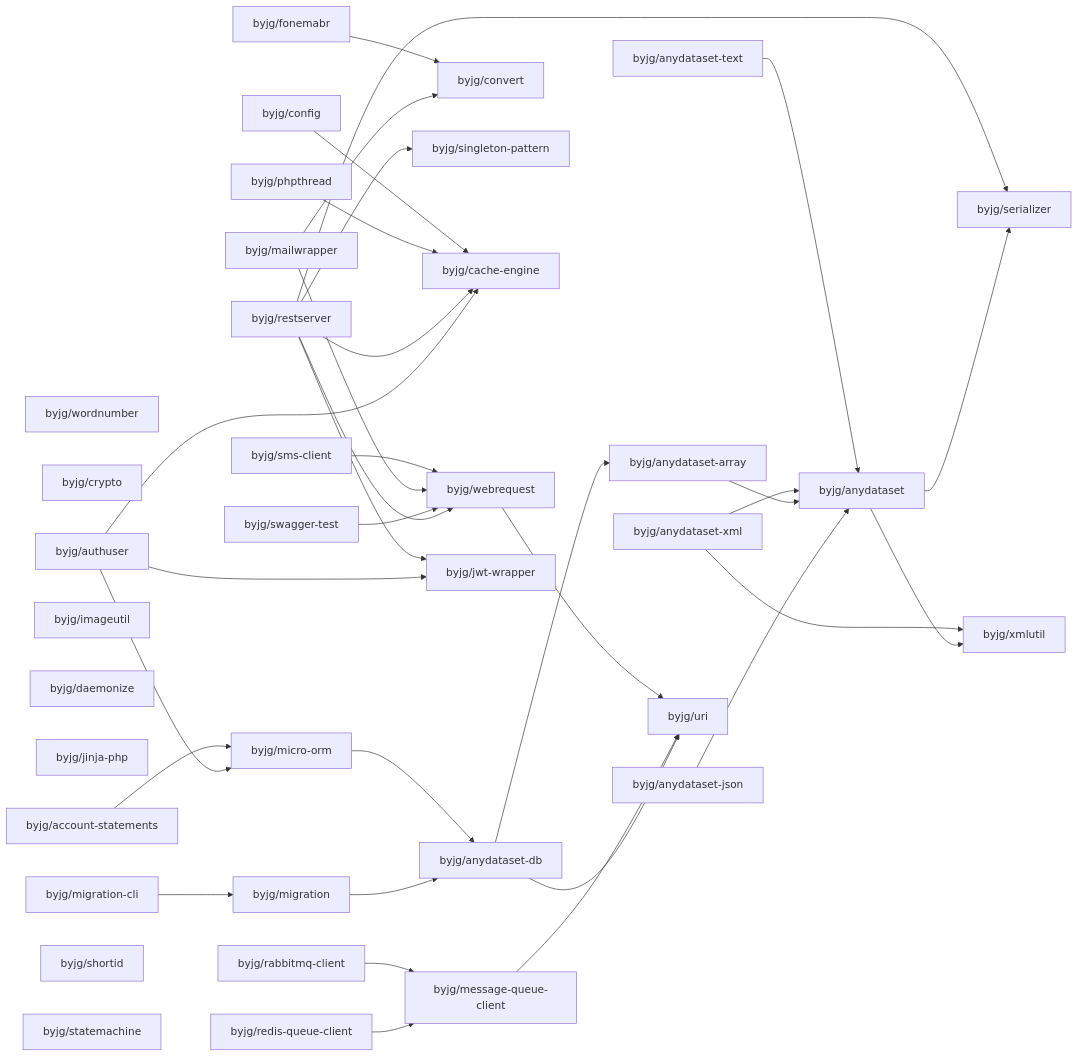
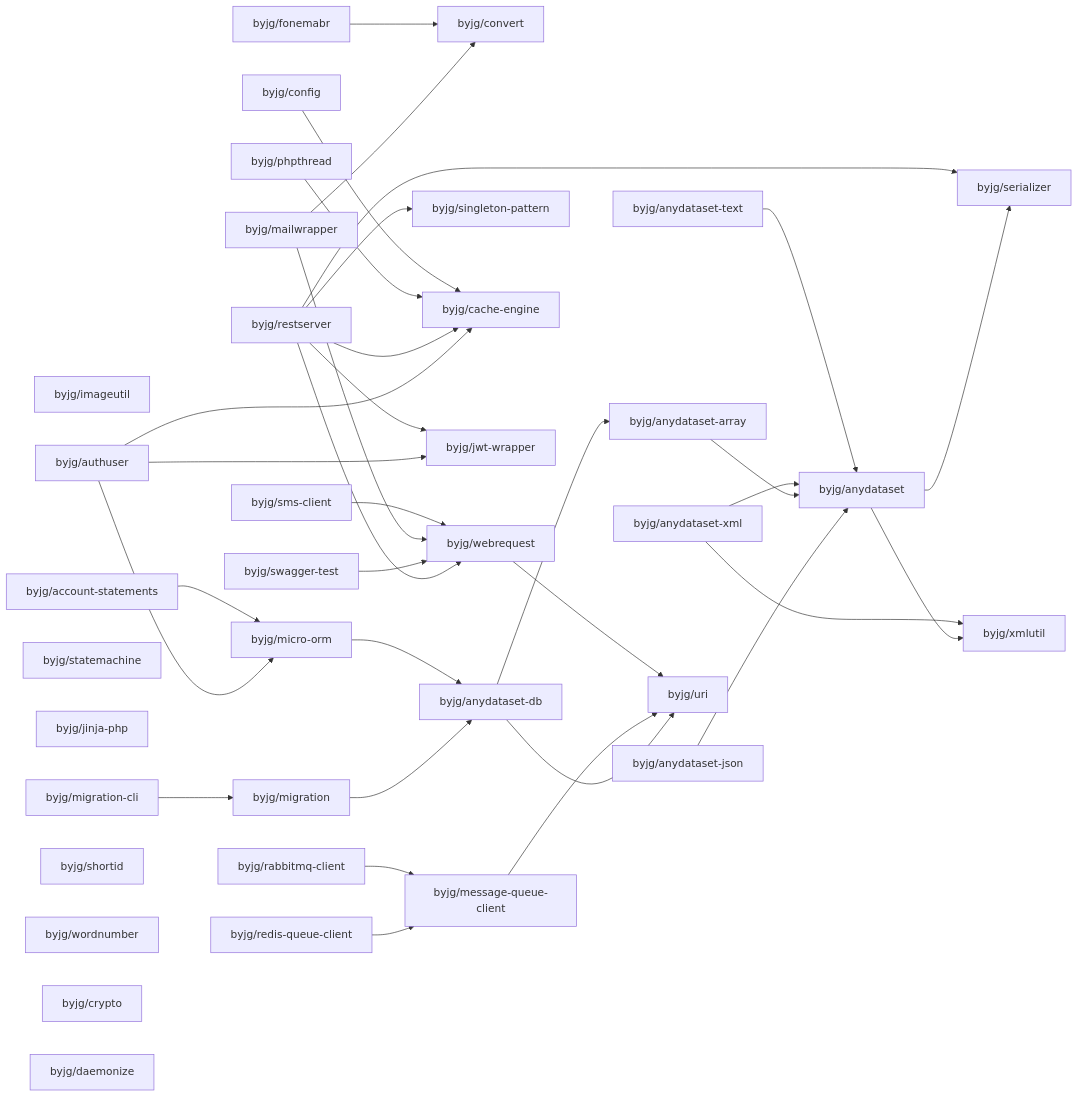
The diagram in php/README.md (byjg/byjg.github.io), drawn with Mermaid before and after one commit. The commit also changed other lines of this file and 1 other file, not shown here.

````diff
--- a/php/README.md
+++ b/php/README.md
@@ -3,71 +3,71 @@
 ```mermaid
 graph LR;
-  byjg/wordnumber;
-  byjg/crypto;
-  byjg/anydataset-json;
+  byjg/mailwrapper;
+  byjg/swagger-test;
+  byjg/imageutil;
+  byjg/fonemabr;
+  byjg/phpthread;
+  byjg/authuser;
   byjg/account-statements;
+  byjg/statemachine;
   byjg/redis-queue-client;
-  byjg/fonemabr;
-  byjg/anydataset-xml;
-  byjg/sms-client;
-  byjg/imageutil;
-  byjg/rabbitmq-client;
-  byjg/daemonize;
   byjg/jinja-php;
-  byjg/authuser;
   byjg/config;
   byjg/migration-cli;
   byjg/anydataset-text;
-  byjg/phpthread;
-  byjg/mailwrapper;
   byjg/shortid;
-  byjg/swagger-test;
-  byjg/statemachine;
+  byjg/wordnumber;
+  byjg/rabbitmq-client;
+  byjg/crypto;
+  byjg/anydataset-json;
+  byjg/daemonize;
+  byjg/anydataset-xml;
   byjg/restserver;
-  byjg/message-queue-client;
+  byjg/sms-client;
+  byjg/convert;
   byjg/micro-orm;
   byjg/migration;
-  byjg/convert;
+  byjg/message-queue-client;
   byjg/singleton-pattern;
   byjg/cache-engine;
+  byjg/jwt-wrapper;
   byjg/webrequest;
-  byjg/jwt-wrapper;
   byjg/anydataset-db;
   byjg/anydataset-array;
   byjg/uri;
   byjg/anydataset;
   byjg/serializer;
   byjg/xmlutil;
   byjg/sms-client --> byjg/webrequest;
   byjg/fonemabr --> byjg/convert;
   byjg/config --> byjg/cache-engine;
   byjg/anydataset-text --> byjg/anydataset;
   byjg/webrequest --> byjg/uri;
   byjg/account-statements --> byjg/micro-orm;
   byjg/rabbitmq-client --> byjg/message-queue-client;
   byjg/micro-orm --> byjg/anydataset-db;
   byjg/phpthread --> byjg/cache-engine;
   byjg/anydataset-xml --> byjg/anydataset;
   byjg/anydataset-xml --> byjg/xmlutil;
   byjg/anydataset-array --> byjg/anydataset;
   byjg/mailwrapper --> byjg/convert;
   byjg/mailwrapper --> byjg/webrequest;
   byjg/message-queue-client --> byjg/uri;
   byjg/anydataset-db --> byjg/anydataset-array;
   byjg/anydataset-db --> byjg/uri;
   byjg/anydataset-json --> byjg/anydataset;
   byjg/migration --> byjg/anydataset-db;
   byjg/swagger-test --> byjg/webrequest;
   byjg/redis-queue-client --> byjg/message-queue-client;
   byjg/restserver --> byjg/serializer;
   byjg/restserver --> byjg/singleton-pattern;
   byjg/restserver --> byjg/cache-engine;
   byjg/restserver --> byjg/webrequest;
   byjg/restserver --> byjg/jwt-wrapper;
   byjg/authuser --> byjg/micro-orm;
   byjg/authuser --> byjg/cache-engine;
   byjg/authuser --> byjg/jwt-wrapper;
   byjg/migration-cli --> byjg/migration;
   byjg/anydataset --> byjg/serializer;
   byjg/anydataset --> byjg/xmlutil;
 ```
````
